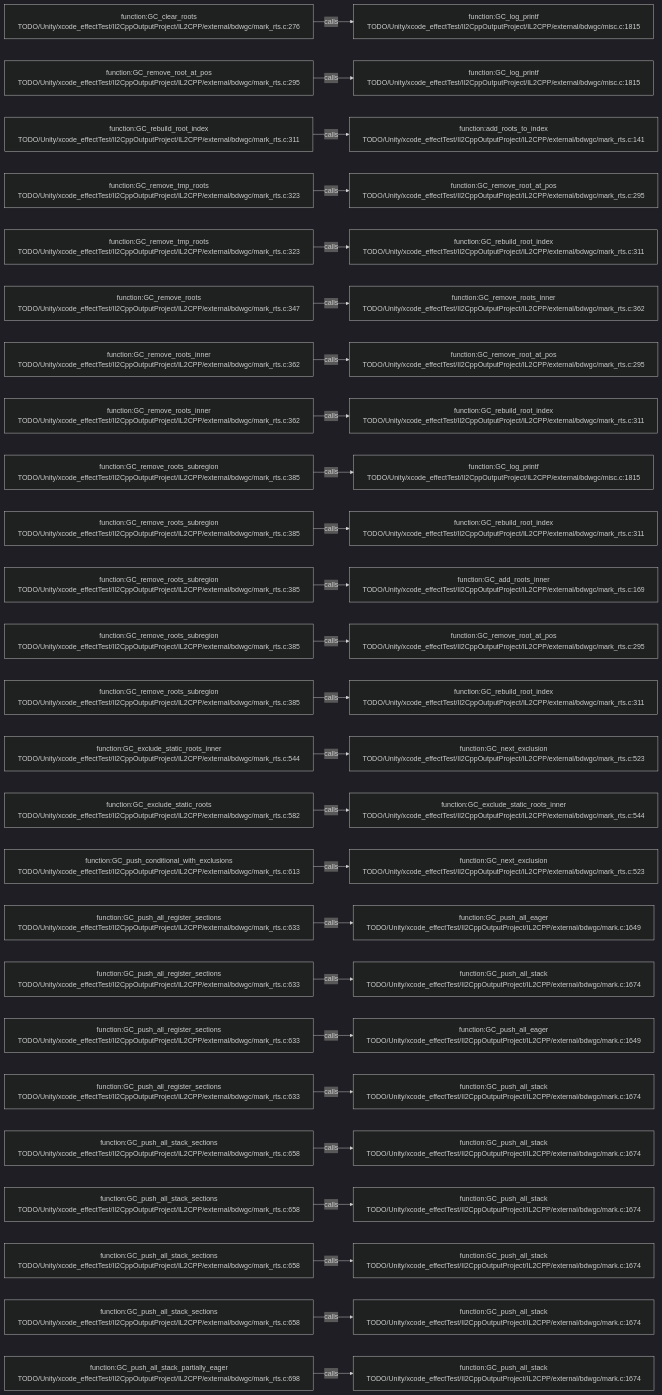
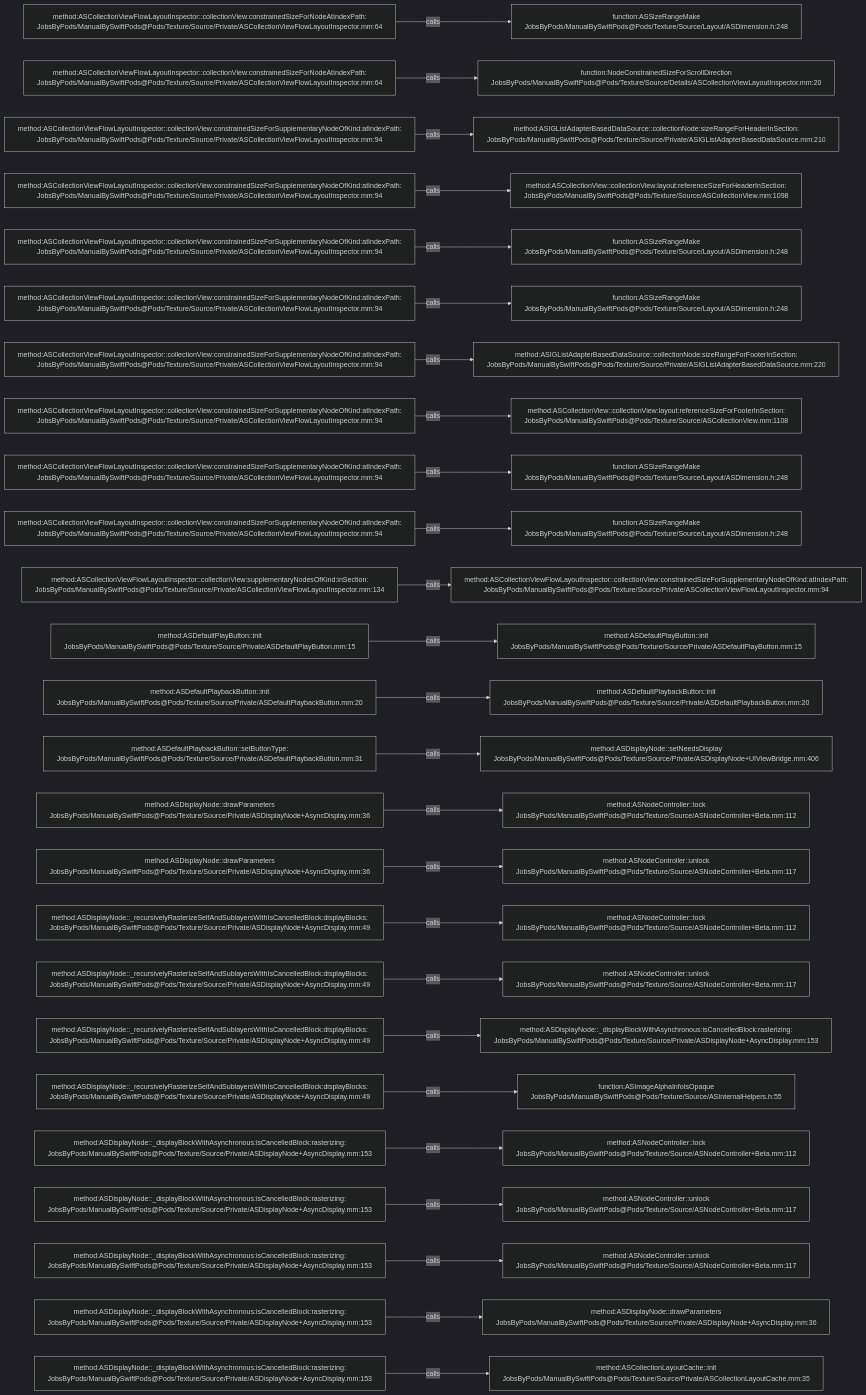
One commit to JobsKits/JobsSwiftBaseConfigDemo changed the diagram in .codegraph/codegraph.md/graphs/calls-135.md. Above: the diagram before and after it, drawn with Mermaid (dark theme). The commit also changed 2959 other files, not shown here.

````diff
--- a/.codegraph/codegraph.md/graphs/calls-135.md
+++ b/.codegraph/codegraph.md/graphs/calls-135.md
@@ -13,78 +13,78 @@
 ```mermaid
 flowchart LR
-  S1["function:GC_clear_roots<br/>TODO/Unity/xcode_effectTest/Il2CppOutputProject/IL2CPP/external/bdwgc/mark_rts.c:276"]
-  T1["function:GC_log_printf<br/>TODO/Unity/xcode_effectTest/Il2CppOutputProject/IL2CPP/external/bdwgc/misc.c:1815"]
+  S1["method:ASCollectionViewFlowLayoutInspector::collectionView:constrainedSizeForNodeAtIndexPath:<br/>JobsByPods/ManualBySwiftPods@Pods/Texture/Source/Private/ASCollectionViewFlowLayoutInspector.mm:64"]
+  T1["function:ASSizeRangeMake<br/>JobsByPods/ManualBySwiftPods@Pods/Texture/Source/Layout/ASDimension.h:248"]
   S1 -->|calls| T1
-  S2["function:GC_remove_root_at_pos<br/>TODO/Unity/xcode_effectTest/Il2CppOutputProject/IL2CPP/external/bdwgc/mark_rts.c:295"]
-  T2["function:GC_log_printf<br/>TODO/Unity/xcode_effectTest/Il2CppOutputProject/IL2CPP/external/bdwgc/misc.c:1815"]
+  S2["method:ASCollectionViewFlowLayoutInspector::collectionView:constrainedSizeForNodeAtIndexPath:<br/>JobsByPods/ManualBySwiftPods@Pods/Texture/Source/Private/ASCollectionViewFlowLayoutInspector.mm:64"]
+  T2["function:NodeConstrainedSizeForScrollDirection<br/>JobsByPods/ManualBySwiftPods@Pods/Texture/Source/Details/ASCollectionViewLayoutInspector.mm:20"]
   S2 -->|calls| T2
-  S3["function:GC_rebuild_root_index<br/>TODO/Unity/xcode_effectTest/Il2CppOutputProject/IL2CPP/external/bdwgc/mark_rts.c:311"]
-  T3["function:add_roots_to_index<br/>TODO/Unity/xcode_effectTest/Il2CppOutputProject/IL2CPP/external/bdwgc/mark_rts.c:141"]
+  S3["method:ASCollectionViewFlowLayoutInspector::collectionView:constrainedSizeForSupplementaryNodeOfKind:atIndexPath:<br/>JobsByPods/ManualBySwiftPods@Pods/Texture/Source/Private/ASCollectionViewFlowLayoutInspector.mm:94"]
+  T3["method:ASIGListAdapterBasedDataSource::collectionNode:sizeRangeForHeaderInSection:<br/>JobsByPods/ManualBySwiftPods@Pods/Texture/Source/Private/ASIGListAdapterBasedDataSource.mm:210"]
   S3 -->|calls| T3
-  S4["function:GC_remove_tmp_roots<br/>TODO/Unity/xcode_effectTest/Il2CppOutputProject/IL2CPP/external/bdwgc/mark_rts.c:323"]
-  T4["function:GC_remove_root_at_pos<br/>TODO/Unity/xcode_effectTest/Il2CppOutputProject/IL2CPP/external/bdwgc/mark_rts.c:295"]
+  S4["method:ASCollectionViewFlowLayoutInspector::collectionView:constrainedSizeForSupplementaryNodeOfKind:atIndexPath:<br/>JobsByPods/ManualBySwiftPods@Pods/Texture/Source/Private/ASCollectionViewFlowLayoutInspector.mm:94"]
+  T4["method:ASCollectionView::collectionView:layout:referenceSizeForHeaderInSection:<br/>JobsByPods/ManualBySwiftPods@Pods/Texture/Source/ASCollectionView.mm:1098"]
   S4 -->|calls| T4
-  S5["function:GC_remove_tmp_roots<br/>TODO/Unity/xcode_effectTest/Il2CppOutputProject/IL2CPP/external/bdwgc/mark_rts.c:323"]
-  T5["function:GC_rebuild_root_index<br/>TODO/Unity/xcode_effectTest/Il2CppOutputProject/IL2CPP/external/bdwgc/mark_rts.c:311"]
+  S5["method:ASCollectionViewFlowLayoutInspector::collectionView:constrainedSizeForSupplementaryNodeOfKind:atIndexPath:<br/>JobsByPods/ManualBySwiftPods@Pods/Texture/Source/Private/ASCollectionViewFlowLayoutInspector.mm:94"]
+  T5["function:ASSizeRangeMake<br/>JobsByPods/ManualBySwiftPods@Pods/Texture/Source/Layout/ASDimension.h:248"]
   S5 -->|calls| T5
-  S6["function:GC_remove_roots<br/>TODO/Unity/xcode_effectTest/Il2CppOutputProject/IL2CPP/external/bdwgc/mark_rts.c:347"]
-  T6["function:GC_remove_roots_inner<br/>TODO/Unity/xcode_effectTest/Il2CppOutputProject/IL2CPP/external/bdwgc/mark_rts.c:362"]
+  S6["method:ASCollectionViewFlowLayoutInspector::collectionView:constrainedSizeForSupplementaryNodeOfKind:atIndexPath:<br/>JobsByPods/ManualBySwiftPods@Pods/Texture/Source/Private/ASCollectionViewFlowLayoutInspector.mm:94"]
+  T6["function:ASSizeRangeMake<br/>JobsByPods/ManualBySwiftPods@Pods/Texture/Source/Layout/ASDimension.h:248"]
   S6 -->|calls| T6
-  S7["function:GC_remove_roots_inner<br/>TODO/Unity/xcode_effectTest/Il2CppOutputProject/IL2CPP/external/bdwgc/mark_rts.c:362"]
-  T7["function:GC_remove_root_at_pos<br/>TODO/Unity/xcode_effectTest/Il2CppOutputProject/IL2CPP/external/bdwgc/mark_rts.c:295"]
+  S7["method:ASCollectionViewFlowLayoutInspector::collectionView:constrainedSizeForSupplementaryNodeOfKind:atIndexPath:<br/>JobsByPods/ManualBySwiftPods@Pods/Texture/Source/Private/ASCollectionViewFlowLayoutInspector.mm:94"]
+  T7["method:ASIGListAdapterBasedDataSource::collectionNode:sizeRangeForFooterInSection:<br/>JobsByPods/ManualBySwiftPods@Pods/Texture/Source/Private/ASIGListAdapterBasedDataSource.mm:220"]
   S7 -->|calls| T7
-  S8["function:GC_remove_roots_inner<br/>TODO/Unity/xcode_effectTest/Il2CppOutputProject/IL2CPP/external/bdwgc/mark_rts.c:362"]
-  T8["function:GC_rebuild_root_index<br/>TODO/Unity/xcode_effectTest/Il2CppOutputProject/IL2CPP/external/bdwgc/mark_rts.c:311"]
+  S8["method:ASCollectionViewFlowLayoutInspector::collectionView:constrainedSizeForSupplementaryNodeOfKind:atIndexPath:<br/>JobsByPods/ManualBySwiftPods@Pods/Texture/Source/Private/ASCollectionViewFlowLayoutInspector.mm:94"]
+  T8["method:ASCollectionView::collectionView:layout:referenceSizeForFooterInSection:<br/>JobsByPods/ManualBySwiftPods@Pods/Texture/Source/ASCollectionView.mm:1108"]
   S8 -->|calls| T8
-  S9["function:GC_remove_roots_subregion<br/>TODO/Unity/xcode_effectTest/Il2CppOutputProject/IL2CPP/external/bdwgc/mark_rts.c:385"]
-  T9["function:GC_log_printf<br/>TODO/Unity/xcode_effectTest/Il2CppOutputProject/IL2CPP/external/bdwgc/misc.c:1815"]
+  S9["method:ASCollectionViewFlowLayoutInspector::collectionView:constrainedSizeForSupplementaryNodeOfKind:atIndexPath:<br/>JobsByPods/ManualBySwiftPods@Pods/Texture/Source/Private/ASCollectionViewFlowLayoutInspector.mm:94"]
+  T9["function:ASSizeRangeMake<br/>JobsByPods/ManualBySwiftPods@Pods/Texture/Source/Layout/ASDimension.h:248"]
   S9 -->|calls| T9
-  S10["function:GC_remove_roots_subregion<br/>TODO/Unity/xcode_effectTest/Il2CppOutputProject/IL2CPP/external/bdwgc/mark_rts.c:385"]
-  T10["function:GC_rebuild_root_index<br/>TODO/Unity/xcode_effectTest/Il2CppOutputProject/IL2CPP/external/bdwgc/mark_rts.c:311"]
+  S10["method:ASCollectionViewFlowLayoutInspector::collectionView:constrainedSizeForSupplementaryNodeOfKind:atIndexPath:<br/>JobsByPods/ManualBySwiftPods@Pods/Texture/Source/Private/ASCollectionViewFlowLayoutInspector.mm:94"]
+  T10["function:ASSizeRangeMake<br/>JobsByPods/ManualBySwiftPods@Pods/Texture/Source/Layout/ASDimension.h:248"]
   S10 -->|calls| T10
-  S11["function:GC_remove_roots_subregion<br/>TODO/Unity/xcode_effectTest/Il2CppOutputProject/IL2CPP/external/bdwgc/mark_rts.c:385"]
-  T11["function:GC_add_roots_inner<br/>TODO/Unity/xcode_effectTest/Il2CppOutputProject/IL2CPP/external/bdwgc/mark_rts.c:169"]
+  S11["method:ASCollectionViewFlowLayoutInspector::collectionView:supplementaryNodesOfKind:inSection:<br/>JobsByPods/ManualBySwiftPods@Pods/Texture/Source/Private/ASCollectionViewFlowLayoutInspector.mm:134"]
+  T11["method:ASCollectionViewFlowLayoutInspector::collectionView:constrainedSizeForSupplementaryNodeOfKind:atIndexPath:<br/>JobsByPods/ManualBySwiftPods@Pods/Texture/Source/Private/ASCollectionViewFlowLayoutInspector.mm:94"]
   S11 -->|calls| T11
-  S12["function:GC_remove_roots_subregion<br/>TODO/Unity/xcode_effectTest/Il2CppOutputProject/IL2CPP/external/bdwgc/mark_rts.c:385"]
-  T12["function:GC_remove_root_at_pos<br/>TODO/Unity/xcode_effectTest/Il2CppOutputProject/IL2CPP/external/bdwgc/mark_rts.c:295"]
+  S12["method:ASDefaultPlayButton::init<br/>JobsByPods/ManualBySwiftPods@Pods/Texture/Source/Private/ASDefaultPlayButton.mm:15"]
+  T12["method:ASDefaultPlayButton::init<br/>JobsByPods/ManualBySwiftPods@Pods/Texture/Source/Private/ASDefaultPlayButton.mm:15"]
   S12 -->|calls| T12
-  S13["function:GC_remove_roots_subregion<br/>TODO/Unity/xcode_effectTest/Il2CppOutputProject/IL2CPP/external/bdwgc/mark_rts.c:385"]
-  T13["function:GC_rebuild_root_index<br/>TODO/Unity/xcode_effectTest/Il2CppOutputProject/IL2CPP/external/bdwgc/mark_rts.c:311"]
+  S13["method:ASDefaultPlaybackButton::init<br/>JobsByPods/ManualBySwiftPods@Pods/Texture/Source/Private/ASDefaultPlaybackButton.mm:20"]
+  T13["method:ASDefaultPlaybackButton::init<br/>JobsByPods/ManualBySwiftPods@Pods/Texture/Source/Private/ASDefaultPlaybackButton.mm:20"]
   S13 -->|calls| T13
-  S14["function:GC_exclude_static_roots_inner<br/>TODO/Unity/xcode_effectTest/Il2CppOutputProject/IL2CPP/external/bdwgc/mark_rts.c:544"]
-  T14["function:GC_next_exclusion<br/>TODO/Unity/xcode_effectTest/Il2CppOutputProject/IL2CPP/external/bdwgc/mark_rts.c:523"]
+  S14["method:ASDefaultPlaybackButton::setButtonType:<br/>JobsByPods/ManualBySwiftPods@Pods/Texture/Source/Private/ASDefaultPlaybackButton.mm:31"]
+  T14["method:ASDisplayNode::setNeedsDisplay<br/>JobsByPods/ManualBySwiftPods@Pods/Texture/Source/Private/ASDisplayNode+UIViewBridge.mm:406"]
   S14 -->|calls| T14
-  S15["function:GC_exclude_static_roots<br/>TODO/Unity/xcode_effectTest/Il2CppOutputProject/IL2CPP/external/bdwgc/mark_rts.c:582"]
-  T15["function:GC_exclude_static_roots_inner<br/>TODO/Unity/xcode_effectTest/Il2CppOutputProject/IL2CPP/external/bdwgc/mark_rts.c:544"]
+  S15["method:ASDisplayNode::drawParameters<br/>JobsByPods/ManualBySwiftPods@Pods/Texture/Source/Private/ASDisplayNode+AsyncDisplay.mm:36"]
+  T15["method:ASNodeController::lock<br/>JobsByPods/ManualBySwiftPods@Pods/Texture/Source/ASNodeController+Beta.mm:112"]
   S15 -->|calls| T15
-  S16["function:GC_push_conditional_with_exclusions<br/>TODO/Unity/xcode_effectTest/Il2CppOutputProject/IL2CPP/external/bdwgc/mark_rts.c:613"]
-  T16["function:GC_next_exclusion<br/>TODO/Unity/xcode_effectTest/Il2CppOutputProject/IL2CPP/external/bdwgc/mark_rts.c:523"]
+  S16["method:ASDisplayNode::drawParameters<br/>JobsByPods/ManualBySwiftPods@Pods/Texture/Source/Private/ASDisplayNode+AsyncDisplay.mm:36"]
+  T16["method:ASNodeController::unlock<br/>JobsByPods/ManualBySwiftPods@Pods/Texture/Source/ASNodeController+Beta.mm:117"]
   S16 -->|calls| T16
-  S17["function:GC_push_all_register_sections<br/>TODO/Unity/xcode_effectTest/Il2CppOutputProject/IL2CPP/external/bdwgc/mark_rts.c:633"]
-  T17["function:GC_push_all_eager<br/>TODO/Unity/xcode_effectTest/Il2CppOutputProject/IL2CPP/external/bdwgc/mark.c:1649"]
+  S17["method:ASDisplayNode::_recursivelyRasterizeSelfAndSublayersWithIsCancelledBlock:displayBlocks:<br/>JobsByPods/ManualBySwiftPods@Pods/Texture/Source/Private/ASDisplayNode+AsyncDisplay.mm:49"]
+  T17["method:ASNodeController::lock<br/>JobsByPods/ManualBySwiftPods@Pods/Texture/Source/ASNodeController+Beta.mm:112"]
   S17 -->|calls| T17
-  S18["function:GC_push_all_register_sections<br/>TODO/Unity/xcode_effectTest/Il2CppOutputProject/IL2CPP/external/bdwgc/mark_rts.c:633"]
-  T18["function:GC_push_all_stack<br/>TODO/Unity/xcode_effectTest/Il2CppOutputProject/IL2CPP/external/bdwgc/mark.c:1674"]
+  S18["method:ASDisplayNode::_recursivelyRasterizeSelfAndSublayersWithIsCancelledBlock:displayBlocks:<br/>JobsByPods/ManualBySwiftPods@Pods/Texture/Source/Private/ASDisplayNode+AsyncDisplay.mm:49"]
+  T18["method:ASNodeController::unlock<br/>JobsByPods/ManualBySwiftPods@Pods/Texture/Source/ASNodeController+Beta.mm:117"]
   S18 -->|calls| T18
-  S19["function:GC_push_all_register_sections<br/>TODO/Unity/xcode_effectTest/Il2CppOutputProject/IL2CPP/external/bdwgc/mark_rts.c:633"]
-  T19["function:GC_push_all_eager<br/>TODO/Unity/xcode_effectTest/Il2CppOutputProject/IL2CPP/external/bdwgc/mark.c:1649"]
+  S19["method:ASDisplayNode::_recursivelyRasterizeSelfAndSublayersWithIsCancelledBlock:displayBlocks:<br/>JobsByPods/ManualBySwiftPods@Pods/Texture/Source/Private/ASDisplayNode+AsyncDisplay.mm:49"]
+  T19["method:ASDisplayNode::_displayBlockWithAsynchronous:isCancelledBlock:rasterizing:<br/>JobsByPods/ManualBySwiftPods@Pods/Texture/Source/Private/ASDisplayNode+AsyncDisplay.mm:153"]
   S19 -->|calls| T19
-  S20["function:GC_push_all_register_sections<br/>TODO/Unity/xcode_effectTest/Il2CppOutputProject/IL2CPP/external/bdwgc/mark_rts.c:633"]
-  T20["function:GC_push_all_stack<br/>TODO/Unity/xcode_effectTest/Il2CppOutputProject/IL2CPP/external/bdwgc/mark.c:1674"]
+  S20["method:ASDisplayNode::_recursivelyRasterizeSelfAndSublayersWithIsCancelledBlock:displayBlocks:<br/>JobsByPods/ManualBySwiftPods@Pods/Texture/Source/Private/ASDisplayNode+AsyncDisplay.mm:49"]
+  T20["function:ASImageAlphaInfoIsOpaque<br/>JobsByPods/ManualBySwiftPods@Pods/Texture/Source/ASInternalHelpers.h:55"]
   S20 -->|calls| T20
-  S21["function:GC_push_all_stack_sections<br/>TODO/Unity/xcode_effectTest/Il2CppOutputProject/IL2CPP/external/bdwgc/mark_rts.c:658"]
-  T21["function:GC_push_all_stack<br/>TODO/Unity/xcode_effectTest/Il2CppOutputProject/IL2CPP/external/bdwgc/mark.c:1674"]
+  S21["method:ASDisplayNode::_displayBlockWithAsynchronous:isCancelledBlock:rasterizing:<br/>JobsByPods/ManualBySwiftPods@Pods/Texture/Source/Private/ASDisplayNode+AsyncDisplay.mm:153"]
+  T21["method:ASNodeController::lock<br/>JobsByPods/ManualBySwiftPods@Pods/Texture/Source/ASNodeController+Beta.mm:112"]
   S21 -->|calls| T21
-  S22["function:GC_push_all_stack_sections<br/>TODO/Unity/xcode_effectTest/Il2CppOutputProject/IL2CPP/external/bdwgc/mark_rts.c:658"]
-  T22["function:GC_push_all_stack<br/>TODO/Unity/xcode_effectTest/Il2CppOutputProject/IL2CPP/external/bdwgc/mark.c:1674"]
+  S22["method:ASDisplayNode::_displayBlockWithAsynchronous:isCancelledBlock:rasterizing:<br/>JobsByPods/ManualBySwiftPods@Pods/Texture/Source/Private/ASDisplayNode+AsyncDisplay.mm:153"]
+  T22["method:ASNodeController::unlock<br/>JobsByPods/ManualBySwiftPods@Pods/Texture/Source/ASNodeController+Beta.mm:117"]
   S22 -->|calls| T22
-  S23["function:GC_push_all_stack_sections<br/>TODO/Unity/xcode_effectTest/Il2CppOutputProject/IL2CPP/external/bdwgc/mark_rts.c:658"]
-  T23["function:GC_push_all_stack<br/>TODO/Unity/xcode_effectTest/Il2CppOutputProject/IL2CPP/external/bdwgc/mark.c:1674"]
+  S23["method:ASDisplayNode::_displayBlockWithAsynchronous:isCancelledBlock:rasterizing:<br/>JobsByPods/ManualBySwiftPods@Pods/Texture/Source/Private/ASDisplayNode+AsyncDisplay.mm:153"]
+  T23["method:ASNodeController::unlock<br/>JobsByPods/ManualBySwiftPods@Pods/Texture/Source/ASNodeController+Beta.mm:117"]
   S23 -->|calls| T23
-  S24["function:GC_push_all_stack_sections<br/>TODO/Unity/xcode_effectTest/Il2CppOutputProject/IL2CPP/external/bdwgc/mark_rts.c:658"]
-  T24["function:GC_push_all_stack<br/>TODO/Unity/xcode_effectTest/Il2CppOutputProject/IL2CPP/external/bdwgc/mark.c:1674"]
+  S24["method:ASDisplayNode::_displayBlockWithAsynchronous:isCancelledBlock:rasterizing:<br/>JobsByPods/ManualBySwiftPods@Pods/Texture/Source/Private/ASDisplayNode+AsyncDisplay.mm:153"]
+  T24["method:ASDisplayNode::drawParameters<br/>JobsByPods/ManualBySwiftPods@Pods/Texture/Source/Private/ASDisplayNode+AsyncDisplay.mm:36"]
   S24 -->|calls| T24
-  S25["function:GC_push_all_stack_partially_eager<br/>TODO/Unity/xcode_effectTest/Il2CppOutputProject/IL2CPP/external/bdwgc/mark_rts.c:698"]
-  T25["function:GC_push_all_stack<br/>TODO/Unity/xcode_effectTest/Il2CppOutputProject/IL2CPP/external/bdwgc/mark.c:1674"]
+  S25["method:ASDisplayNode::_displayBlockWithAsynchronous:isCancelledBlock:rasterizing:<br/>JobsByPods/ManualBySwiftPods@Pods/Texture/Source/Private/ASDisplayNode+AsyncDisplay.mm:153"]
+  T25["method:ASCollectionLayoutCache::init<br/>JobsByPods/ManualBySwiftPods@Pods/Texture/Source/Private/ASCollectionLayoutCache.mm:35"]
   S25 -->|calls| T25
 ```
````
